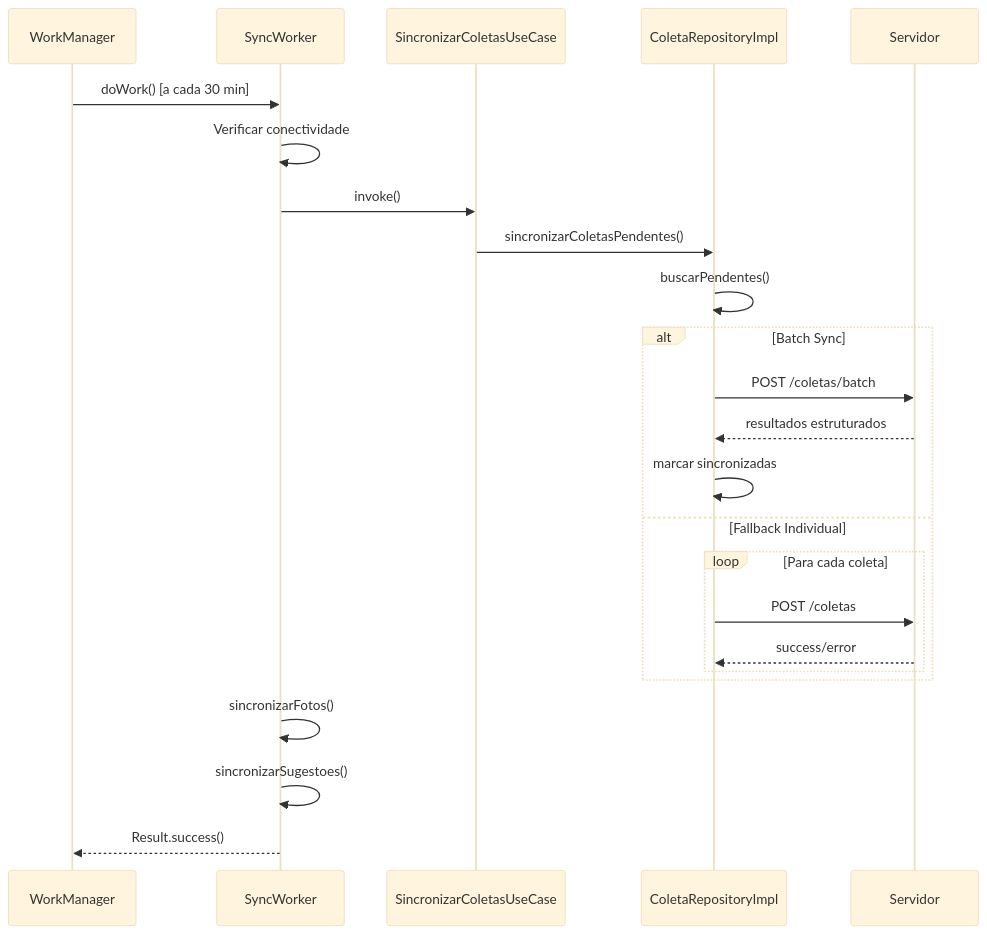
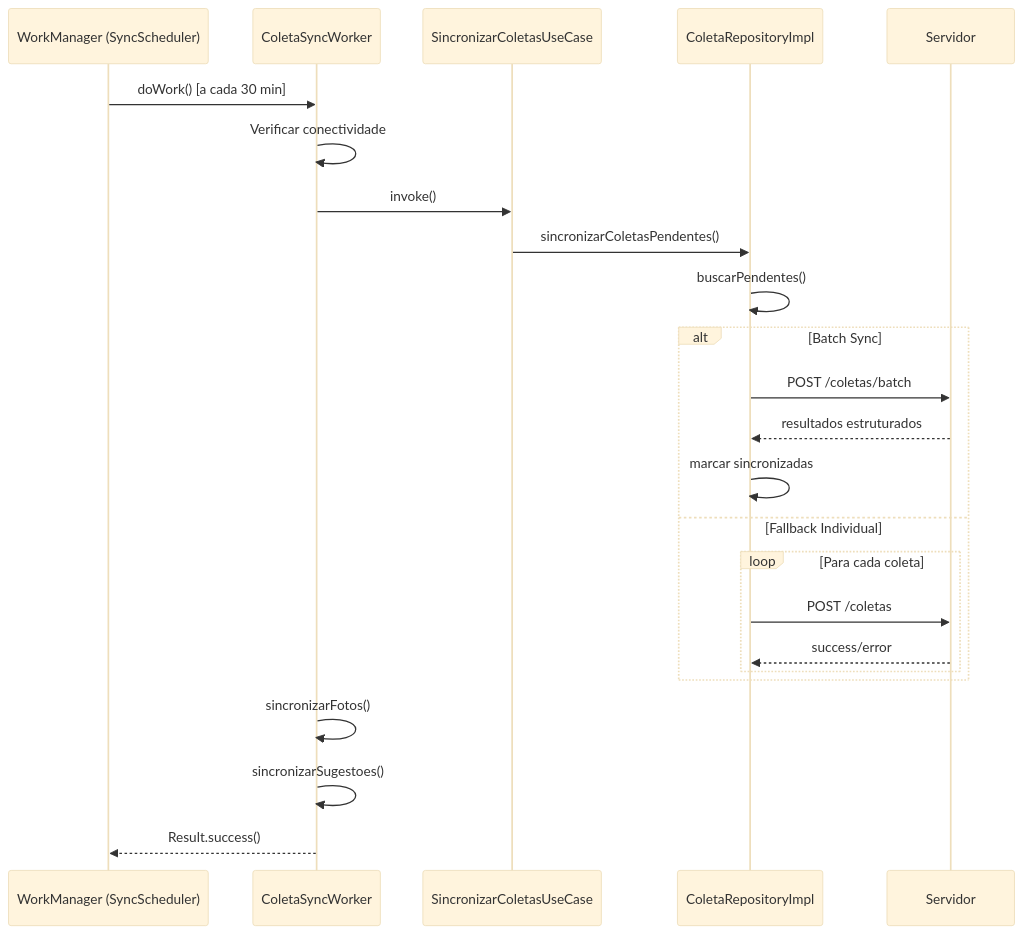
One commit to romuloaraujo1988/MASTER_INVENTARIO changed the fifth of 7 diagrams in InventarioMobile/ANALISE_REQUISITOS_ANDROID.md. Above: the diagram before and after it, drawn with Mermaid (base theme). The commit also changed other lines of this file and 189 other files, not shown here.

````diff
--- a/InventarioMobile/ANALISE_REQUISITOS_ANDROID.md
+++ b/InventarioMobile/ANALISE_REQUISITOS_ANDROID.md
@@ -470,30 +476,30 @@
 ```mermaid
 sequenceDiagram
-    participant WM as WorkManager
-    participant SW as SyncWorker
+    participant WM as WorkManager (SyncScheduler)
+    participant SW as ColetaSyncWorker
     participant UC as SincronizarColetasUseCase
     participant REPO as ColetaRepositoryImpl
     participant API as Servidor
 
     WM->>SW: doWork() [a cada 30 min]
     SW->>SW: Verificar conectividade
     SW->>UC: invoke()
     UC->>REPO: sincronizarColetasPendentes()
 
     REPO->>REPO: buscarPendentes()
 
     alt Batch Sync
         REPO->>API: POST /coletas/batch
         API-->>REPO: resultados estruturados
         REPO->>REPO: marcar sincronizadas
     else Fallback Individual
         loop Para cada coleta
             REPO->>API: POST /coletas
             API-->>REPO: success/error
         end
     end
 
     SW->>SW: sincronizarFotos()
     SW->>SW: sincronizarSugestoes()
     SW-->>WM: Result.success()
 ```
````
